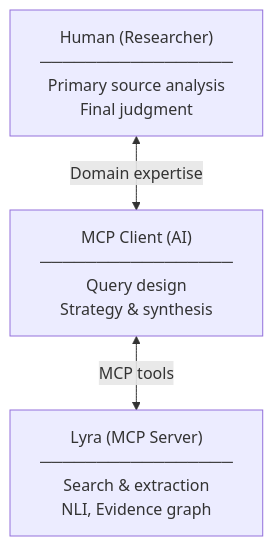
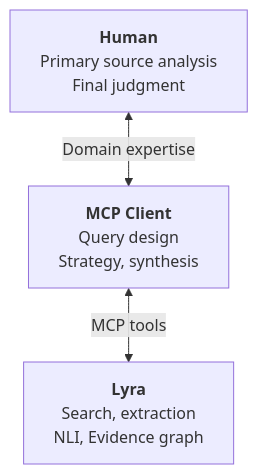
The second of 3 diagrams in paper/joss/body_draft_20260104.md (k-shibuki/lyra), drawn with Mermaid before and after one commit. The commit also changed other lines of this file, not shown here.

First line of the commit message:
docs: fix Mermaid diagrams for GitHub rendering

````diff
--- a/paper/joss/body_draft_20260104.md
+++ b/paper/joss/body_draft_20260104.md
@@ -53,8 +55,8 @@
 ```mermaid
 flowchart TB
-    Human["Human (Researcher)\n─────────────────\nPrimary source analysis\nFinal judgment"]
-    Client["MCP Client (AI)\n─────────────────\nQuery design\nStrategy & synthesis"]
-    Lyra["Lyra (MCP Server)\n─────────────────\nSearch & extraction\nNLI, Evidence graph"]
+    Human["<b>Human</b><br/>Primary source analysis<br/>Final judgment"]
+    Client["<b>MCP Client</b><br/>Query design<br/>Strategy, synthesis"]
+    Lyra["<b>Lyra</b><br/>Search, extraction<br/>NLI, Evidence graph"]
     Human <-->|Domain expertise| Client
     Client <-->|MCP tools| Lyra
 ```
````
